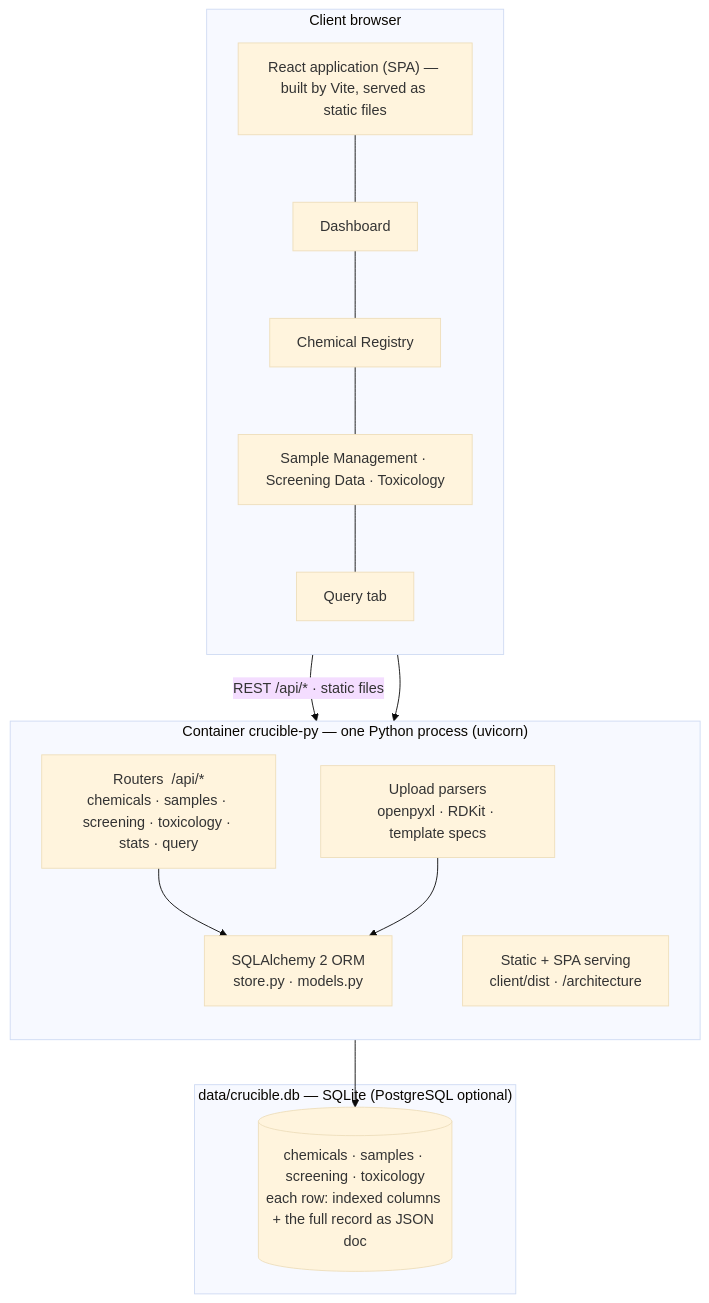
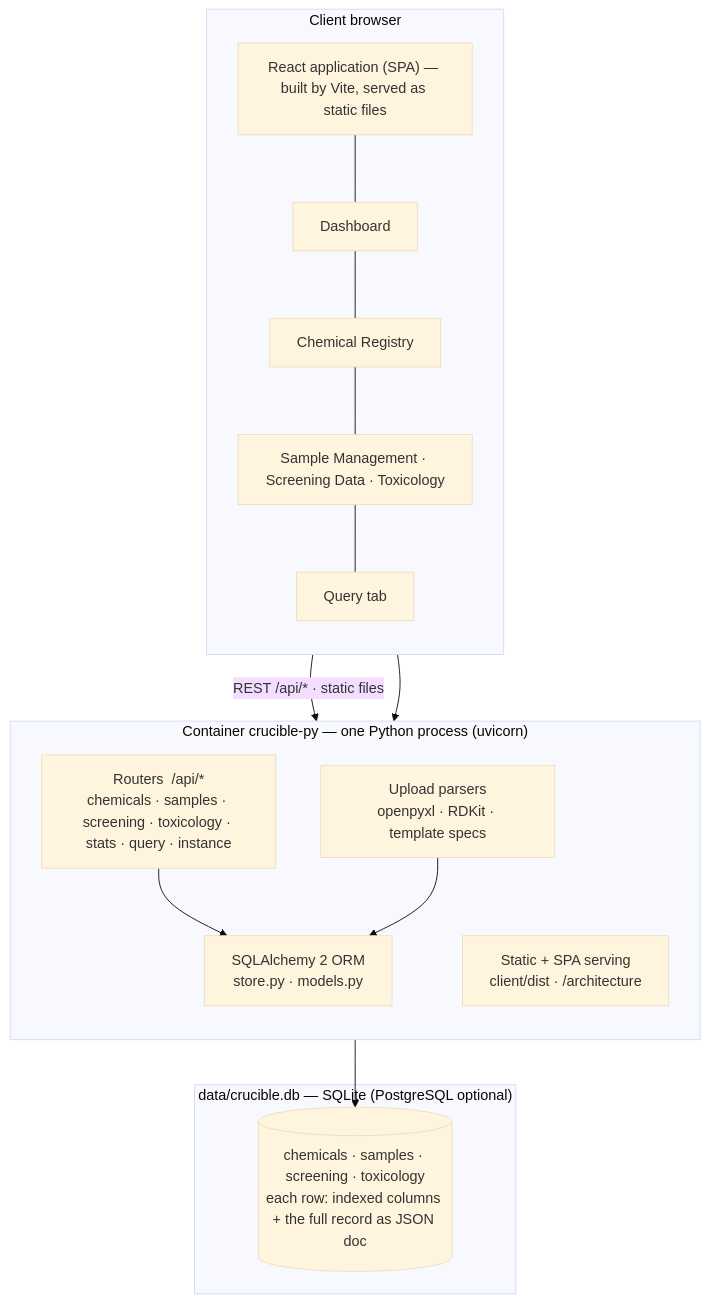
One commit to akannan2987/nr-nips-crucible changed the first of 7 diagrams in docs/02-architecture.md. Above: the diagram before and after it, drawn with Mermaid (base theme). The commit also changed other lines of this file and 24 other files, not shown here.

````diff
--- a/docs/02-architecture.md
+++ b/docs/02-architecture.md
@@ -93,23 +93,23 @@
 ```mermaid
 flowchart TB
     subgraph browser["Client browser"]
         direction TB
         R["React application (SPA) — built by Vite, served as static files"]
         R --- D["Dashboard"] --- C["Chemical Registry"] --- SS["Sample Management · Screening Data · Toxicology"] --- Q["Query tab"]
     end
     subgraph container["Container crucible-py — one Python process (uvicorn)"]
         direction TB
-        RT["Routers  /api/*<br/>chemicals · samples · screening · toxicology · stats · query"]
+        RT["Routers  /api/*<br/>chemicals · samples · screening · toxicology · stats · query · instance"]
         UP["Upload parsers<br/>openpyxl · RDKit · template specs"]
         ST["Static + SPA serving<br/>client/dist · /architecture"]
         ORM["SQLAlchemy 2 ORM<br/>store.py · models.py"]
         RT --> ORM
         UP --> ORM
     end
     subgraph db["data/crucible.db — SQLite (PostgreSQL optional)"]
         T[("chemicals · samples · screening · toxicology<br/>each row: indexed columns + the full record as JSON doc")]
     end
     R -- "REST /api/* · static files" --> RT
     R --> ST
     ORM --> T
 ```
````
